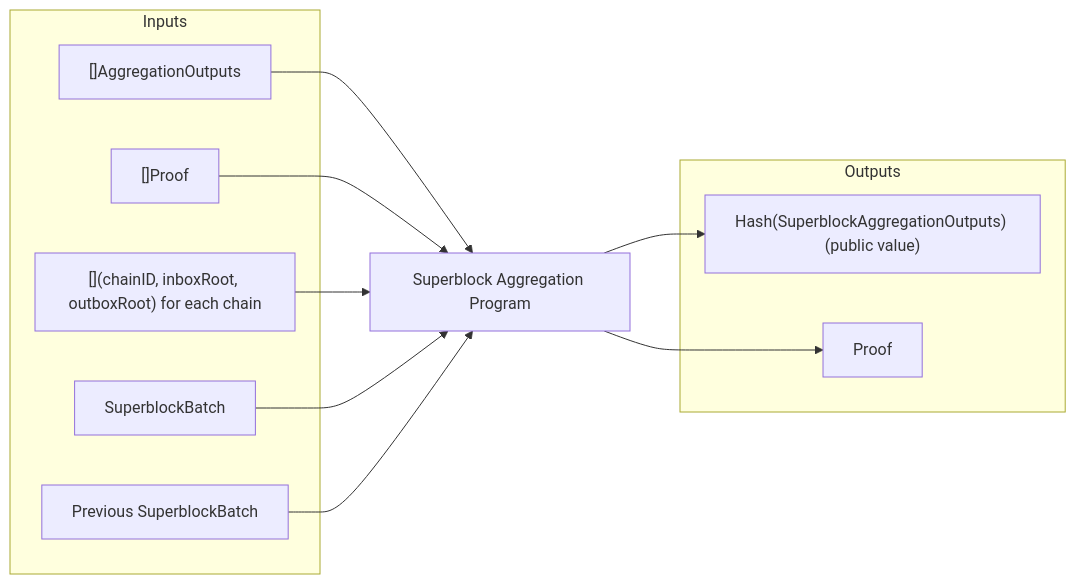
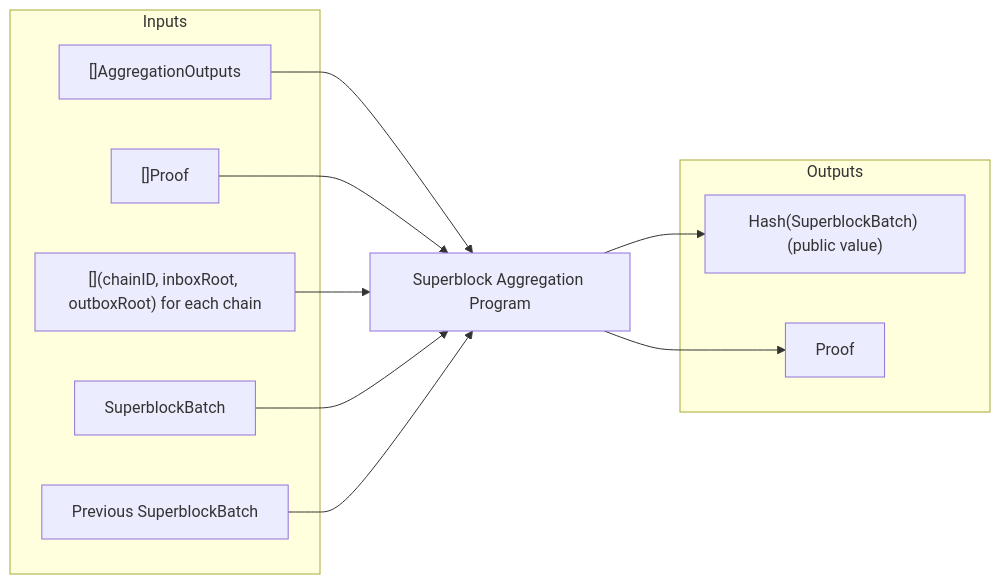
Before and after one commit to compose-network/specs: the third of 4 diagrams in settlement_layer.md, drawn with Mermaid. The commit also changed other lines of this file, not shown here.

````diff
--- a/settlement_layer.md
+++ b/settlement_layer.md
@@ -354,23 +354,23 @@
 ```mermaid
 flowchart LR
     subgraph Inputs
         A1["[]AggregationOutputs"]
         A2["[]Proof"]
         A3["[](chainID, inboxRoot, outboxRoot) for each chain"]
         A4["SuperblockBatch"]
         A5["Previous SuperblockBatch"]
     end
 
     subgraph Outputs
-        B1["Hash(SuperblockAggregationOutputs) (public value)"]
+        B1["Hash(SuperblockBatch) (public value)"]
         B2["Proof"]
     end
 
     A1 --> F["Superblock Aggregation Program"]
     A2 --> F
     A3 --> F
     A4 --> F
     A5 --> F
     F --> B1
     F --> B2
 ```
````
